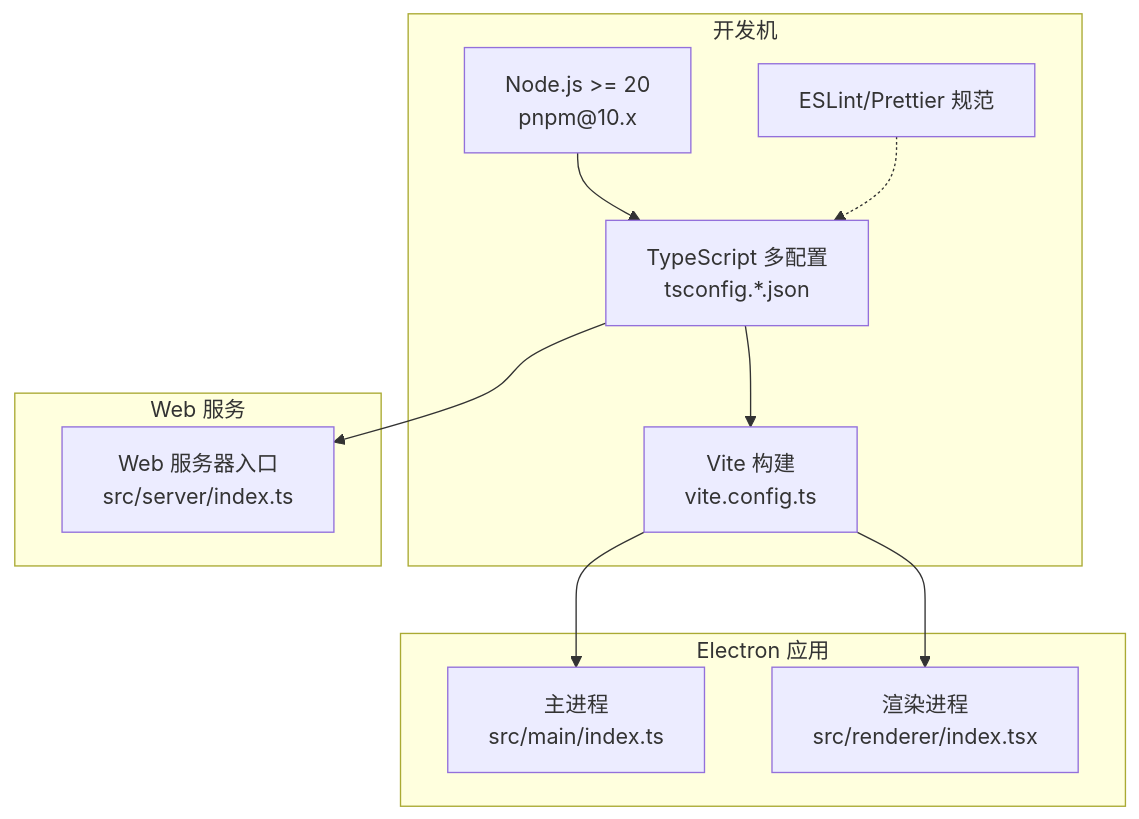
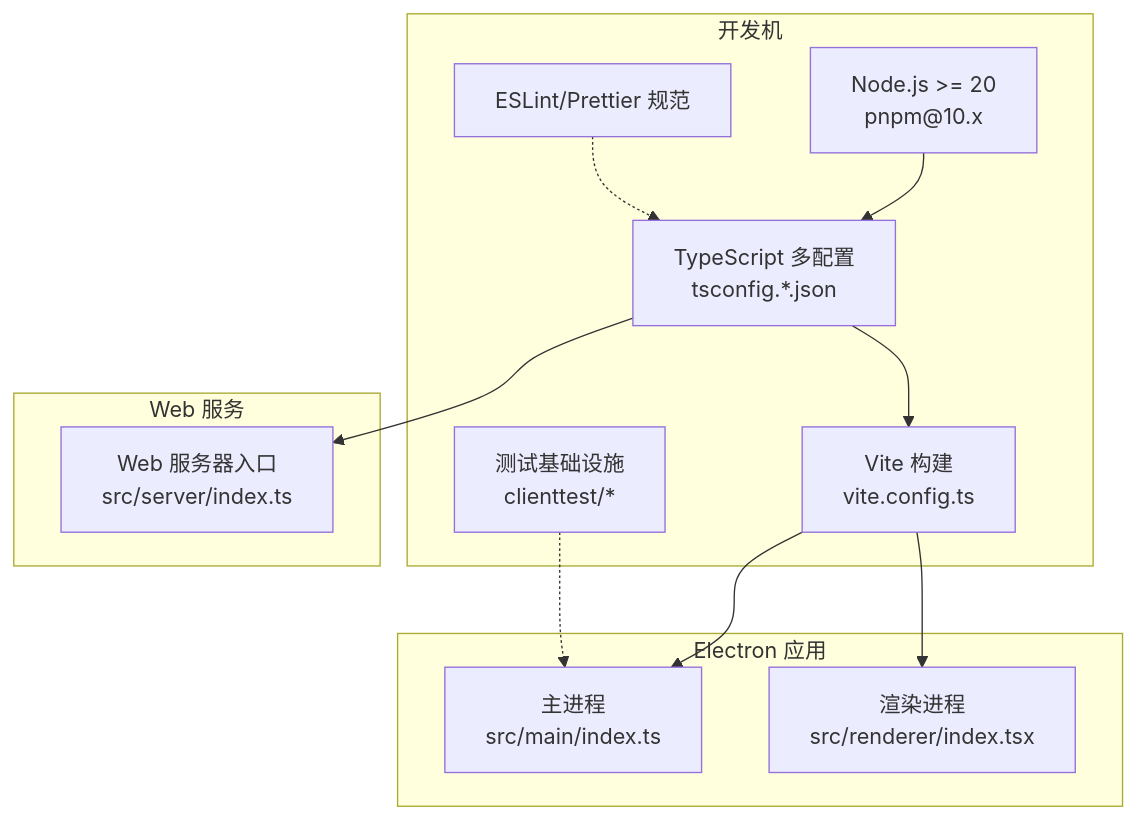
One commit to HEROhuqinchao/deepbot changed the first of 9 diagrams in .qoder/repowiki/zh/content/开发和部署/开发环境搭建.md. Above: the diagram before and after it, drawn with Mermaid. The commit also changed other lines of this file and 8 other files, not shown here.

````diff
--- a/.qoder/repowiki/zh/content/开发和部署/开发环境搭建.md
+++ b/.qoder/repowiki/zh/content/开发和部署/开发环境搭建.md
@@ -45,20 +61,22 @@
 ```mermaid
 graph TB
 subgraph "开发机"
 A["Node.js >= 20<br/>pnpm@10.x"]
 B["TypeScript 多配置<br/>tsconfig.*.json"]
 C["Vite 构建<br/>vite.config.ts"]
 D["ESLint/Prettier 规范"]
+E["测试基础设施<br/>clienttest/*"]
 end
 subgraph "Electron 应用"
 M["主进程<br/>src/main/index.ts"]
 R["渲染进程<br/>src/renderer/index.tsx"]
 end
 subgraph "Web 服务"
 S["Web 服务器入口<br/>src/server/index.ts"]
 end
 A --> B --> C --> M
 C --> R
 B --> S
 D -.-> B
+E -.-> M
 ```
````
